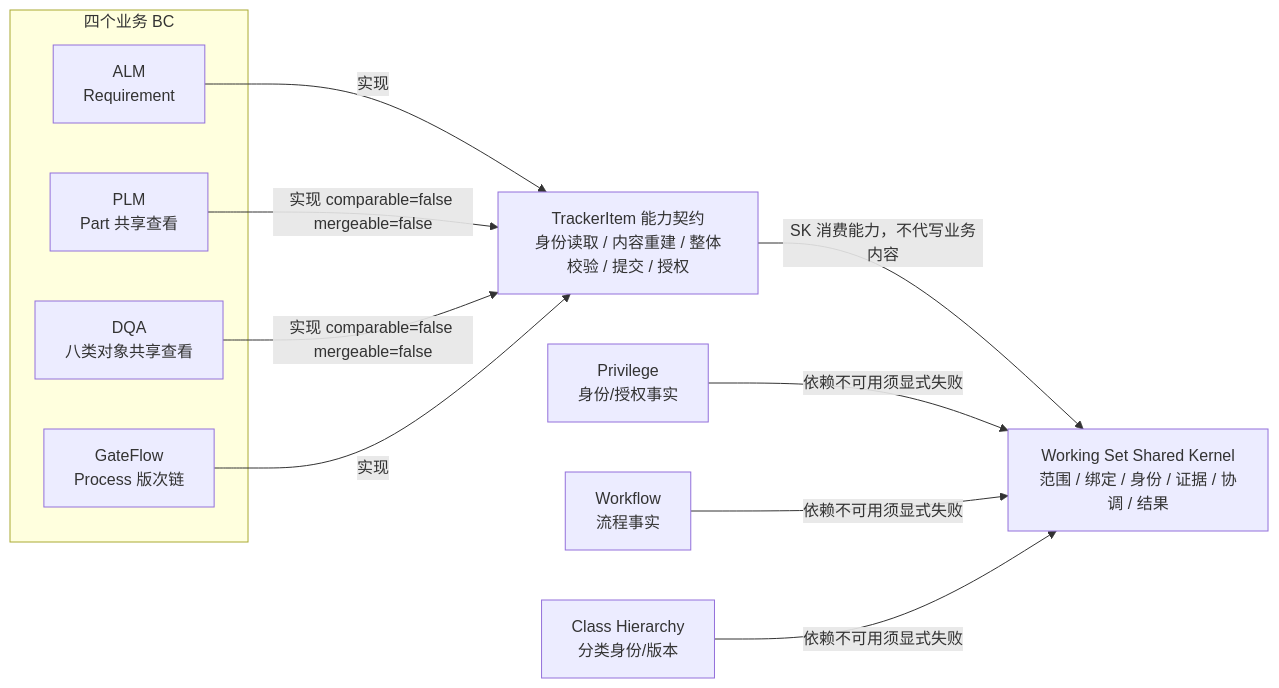
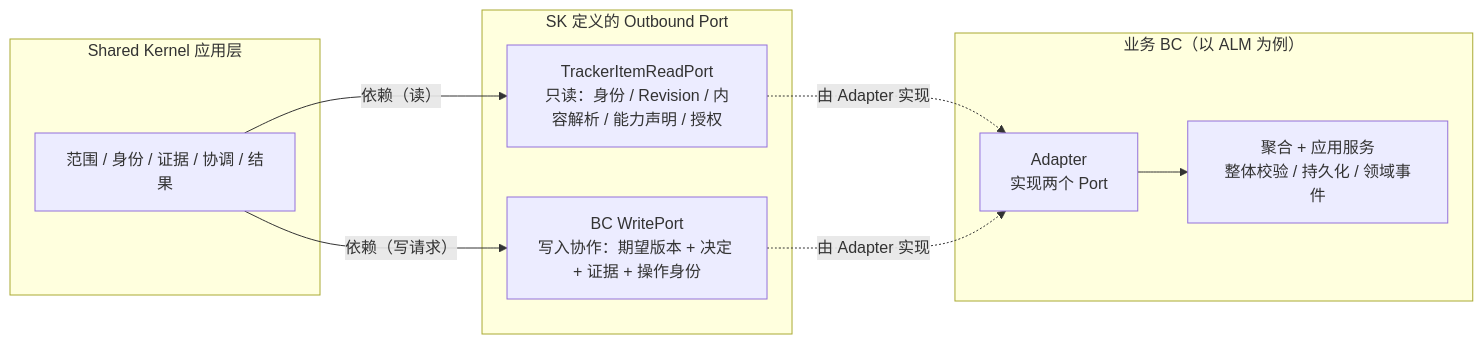
One commit to Greytrack/ddd-workingset changed the first of 5 diagrams in docs/working-set/diagrams/cross-bc-contract.md. Above: the diagram before and after it, drawn with Mermaid. The commit also changed other lines of this file and 10 other files, not shown here.

````diff
--- a/docs/working-set/diagrams/cross-bc-contract.md
+++ b/docs/working-set/diagrams/cross-bc-contract.md
@@ -18,25 +18,22 @@
 ```mermaid
 flowchart LR
-    subgraph BCs["四个业务 BC"]
-        ALM["ALM<br/>Requirement"]
-        PLM["PLM<br/>Part 共享查看"]
-        DQA["DQA<br/>八类对象共享查看"]
-        GF["GateFlow<br/>Process 版次链"]
+    subgraph SKAPP["Shared Kernel 应用层"]
+        SK["范围 / 身份 / 证据 / 协调 / 结果"]
     end
 
-    TI["TrackerItem 能力契约<br/>身份读取 / 内容重建 / 整体校验 / 提交 / 授权"]
-    SK["Working Set Shared Kernel<br/>范围 / 绑定 / 身份 / 证据 / 协调 / 结果"]
+    subgraph PORTS["SK 定义的 Outbound Port"]
+        RP["TrackerItemReadPort<br/>只读：身份 / Revision / 内容解析 / 能力声明 / 授权"]
+        WP["BC WritePort<br/>写入协作：期望版本 + 决定 + 证据 + 操作身份"]
+    end
 
-    ALM -->|"实现"| TI
-    PLM -->|"实现 comparable=false mergeable=false"| TI
-    DQA -->|"实现 comparable=false mergeable=false"| TI
-    GF -->|"实现"| TI
-    TI -->|"SK 消费能力，不代写业务内容"| SK
+    subgraph BCI["业务 BC（以 ALM 为例）"]
+        ADP["Adapter<br/>实现两个 Port"]
+        AGG["聚合 + 应用服务<br/>整体校验 / 持久化 / 领域事件"]
+    end
 
-    PRIV["Privilege<br/>身份/授权事实"]
-    WF["Workflow<br/>流程事实"]
-    CH["Class Hierarchy<br/>分类身份/版本"]
-    PRIV -->|"依赖不可用须显式失败"| SK
-    WF -->|"依赖不可用须显式失败"| SK
-    CH -->|"依赖不可用须显式失败"| SK
+    SK -->|"依赖（读）"| RP
+    SK -->|"依赖（写请求）"| WP
+    RP -.->|"由 Adapter 实现"| ADP
+    WP -.->|"由 Adapter 实现"| ADP
+    ADP --> AGG
 ```
````
